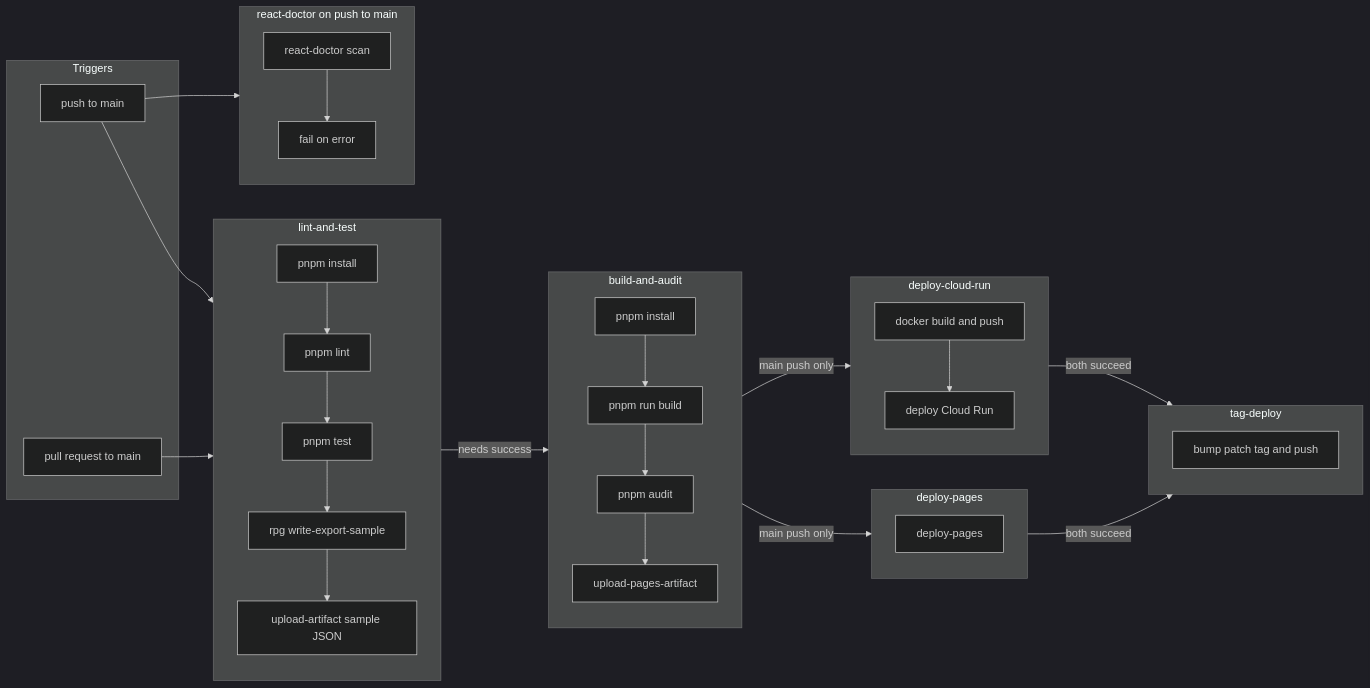
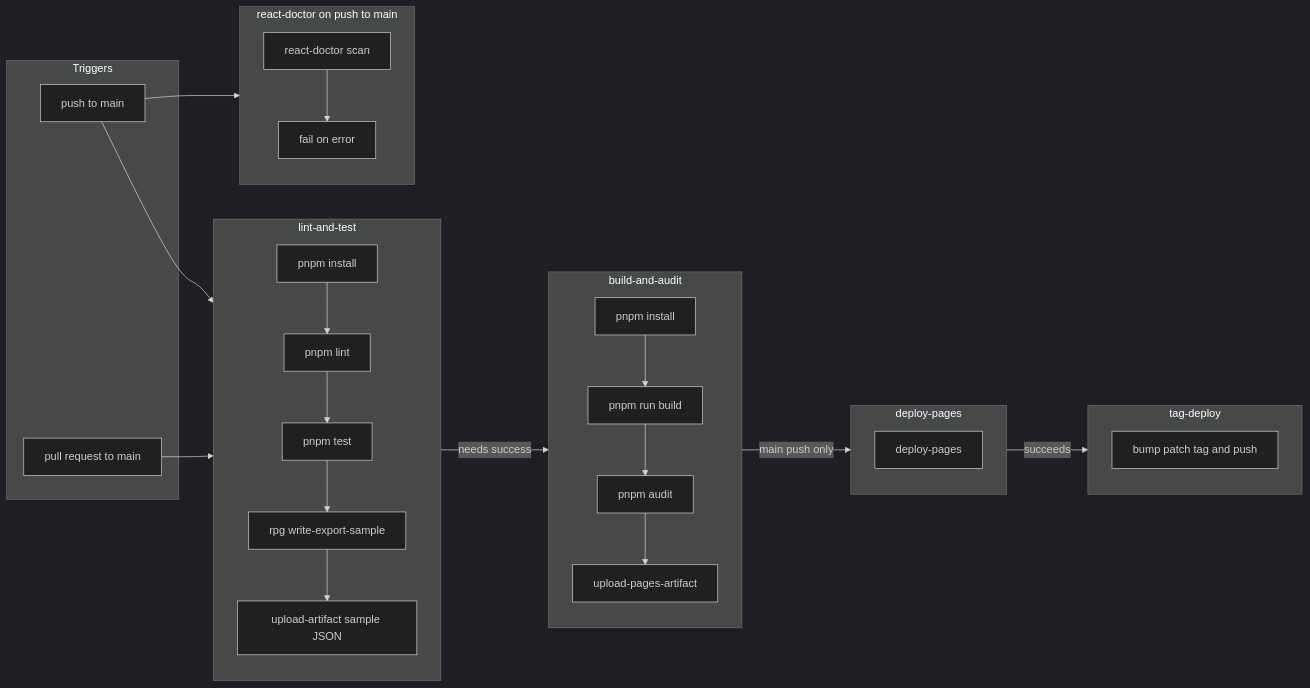
Before and after one commit to VRossi18/rick-and-morty-portal: the diagram in README.md, drawn with Mermaid (dark theme). The commit also changed other lines of this file and 24 other files, not shown here.

````diff
--- a/README.md
+++ b/README.md
@@ -77,46 +79,39 @@
 ```mermaid
 flowchart LR
    subgraph trigger [Triggers]
       push[push to main]
       pr[pull request to main]
    end
    subgraph reactDoctor [react-doctor on push to main]
       scan[react-doctor scan]
       gate[fail on error]
       scan --> gate
    end
    push --> reactDoctor
    subgraph job1 [lint-and-test]
       install1[pnpm install]
       lint[pnpm lint]
       test[pnpm test]
       rpgSample[rpg write-export-sample]
       artifact[upload-artifact sample JSON]
       install1 --> lint --> test --> rpgSample --> artifact
    end
    subgraph job2 [build-and-audit]
       install2[pnpm install]
       build[pnpm run build]
       audit[pnpm audit]
       upload[upload-pages-artifact]
       install2 --> build --> audit --> upload
    end
-   subgraph job3 [deploy-cloud-run]
-      docker[docker build and push]
-      cloudRun[deploy Cloud Run]
-      docker --> cloudRun
-   end
    subgraph job4 [deploy-pages]
       deploy[deploy-pages]
    end
    subgraph job5 [tag-deploy]
       tagBump[bump patch tag and push]
    end
    push --> job1
    pr --> job1
    job1 -->|needs success| job2
-   job2 -->|main push only| job3
    job2 -->|main push only| job4
-   job3 -->|both succeed| job5
-   job4 -->|both succeed| job5
+   job4 -->|succeeds| job5
 ```
````
